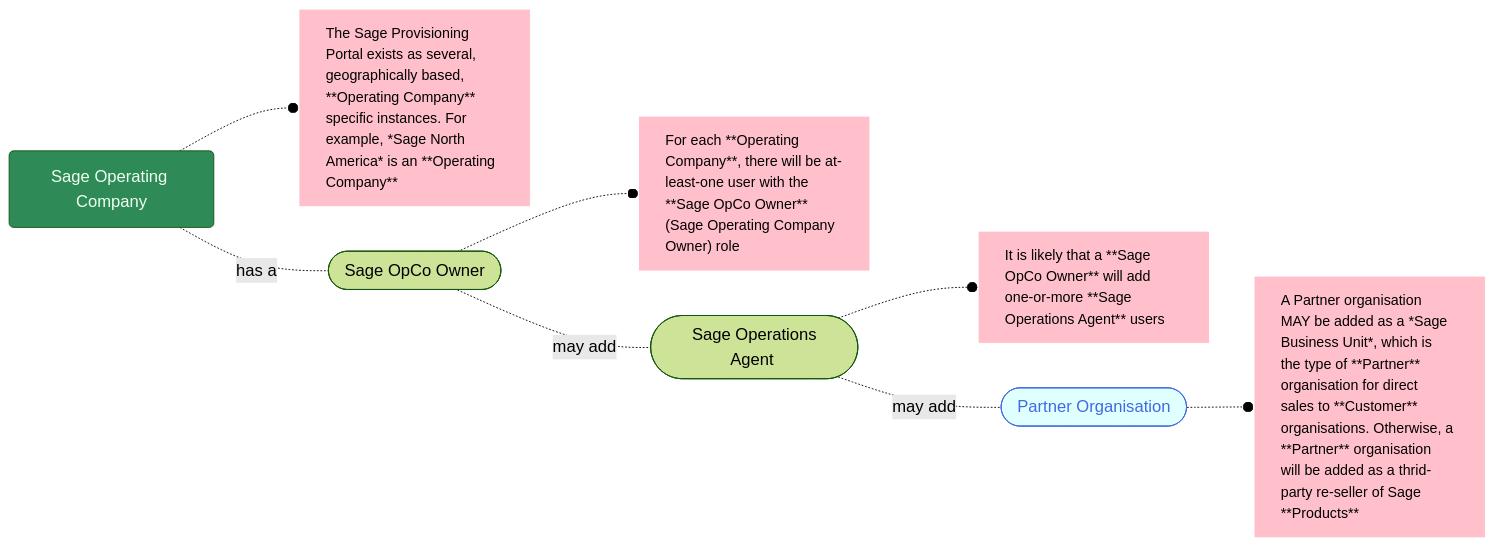
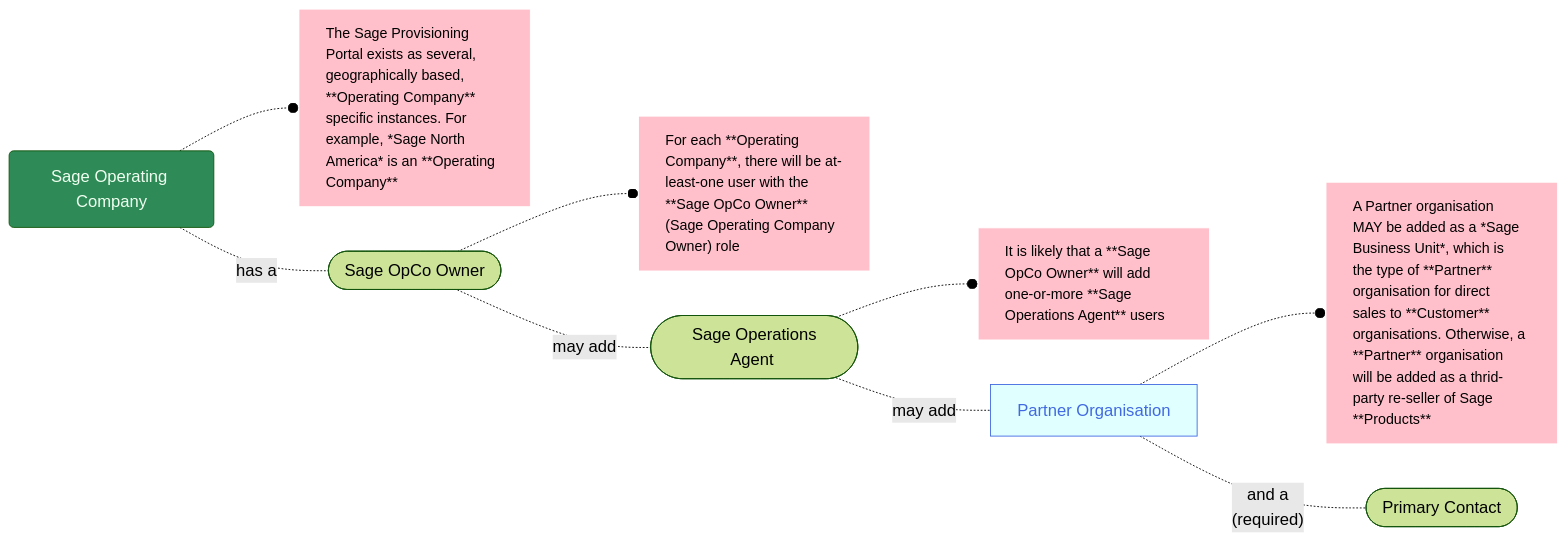
Before and after one commit to joe-dorward/samples: the diagram in 2025_Sage/01_What is an Operating Company.mdx, drawn with Mermaid.

Commit message:
Update 01_What is an Operating Company.mdx

````diff
--- a/2025_Sage/01_What is an Operating Company.mdx
+++ b/2025_Sage/01_What is an Operating Company.mdx
@@ -1,36 +1,43 @@
 ```mermaid
 %%{
   init: {
     'theme': 'forest',
     'themeVariables': {
       'fontSize':'14pt'
     }
   }
 }%%
 flowchart LR
   classDef Sage fill:seagreen, color:honeydew;
   classDef Noun fill:lightcyan, stroke:royalblue, color:royalblue;
   classDef Note fill:pink, stroke:white, text-align:left, font-size: 95%;
 
   SAGE_OPERATING_COMPANY_01(Sage Operating Company)-.-o
   SAGE_OPERATING_COMPANY_01_Note[The Sage Provisioning Portal exists as several, geographically based, **Operating Company** specific instances. For example, *Sage North America* is an **Operating Company**]
 
   SAGE_OPERATING_COMPANY_01-.has a.-
   SAGE_OPCO_OWNER_01([&nbsp;Sage OpCo Owner&nbsp;])-.-o
   SAGE_OPCO_OWNER_01_NOTE["For each **Operating Company**, there will be at-least-one user with the **Sage OpCo Owner** (Sage Operating Company Owner) role"]
 
   SAGE_OPCO_OWNER_01-.may add.-
   SAGE_OPERATIONS_AGENT_01([&nbsp;Sage Operations Agent&nbsp;])-.-o
   SAGE_OPERATIONS_AGENT_01_NOTE[It is likely that a **Sage OpCo Owner** will add one-or-more **Sage Operations Agent** users]
 
   SAGE_OPERATIONS_AGENT_01-.may add.-
   PARTNER_ORGANISATION_01([&nbsp;Partner Organisation&nbsp;])-.-o
   PARTNER_ORGANISATION_01_NOTE[A Partner organisation MAY be added as a *Sage Business Unit*, which is the type of **Partner** organisation for direct sales to **Customer** organisations. Otherwise, a **Partner** organisation will be added as a thrid-party re-seller of Sage **Products**]
 
+  PARTNER_ORGANISATION_01[Partner Organisation]-.and a<br/>(required).-
+  PRIMARY_CONTACT_01([&nbsp;Primary Contact&nbsp;])
+
+
+
+
+
   %%PARTNER_OPERATIONS_AGENT_01([&nbsp;Partner Operations Agent&nbsp;])-.-o
   %%PARTNER_OPERATIONS_AGENT_01_NOTE[It is likely that a **Sage Operations Agent** will add one-or-more **Partner Operations Agent** users]
 
   class SAGE_OPERATING_COMPANY_01 Sage
   class PARTNER_ORGANISATION_01,PRODUCT_01,PRODUCT_02 Noun
   class SAGE_OPERATING_COMPANY_01_Note,SAGE_OPCO_OWNER_01_NOTE,SAGE_OPERATIONS_AGENT_01_NOTE,PARTNER_ORGANISATION_01_NOTE,PARTNER_OPERATIONS_AGENT_01_NOTE Note
 ```
````
